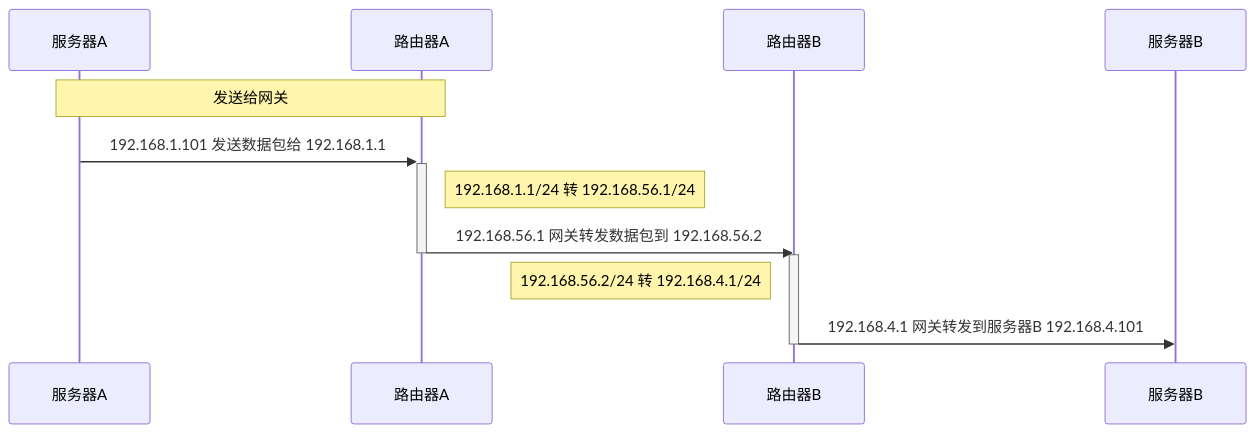
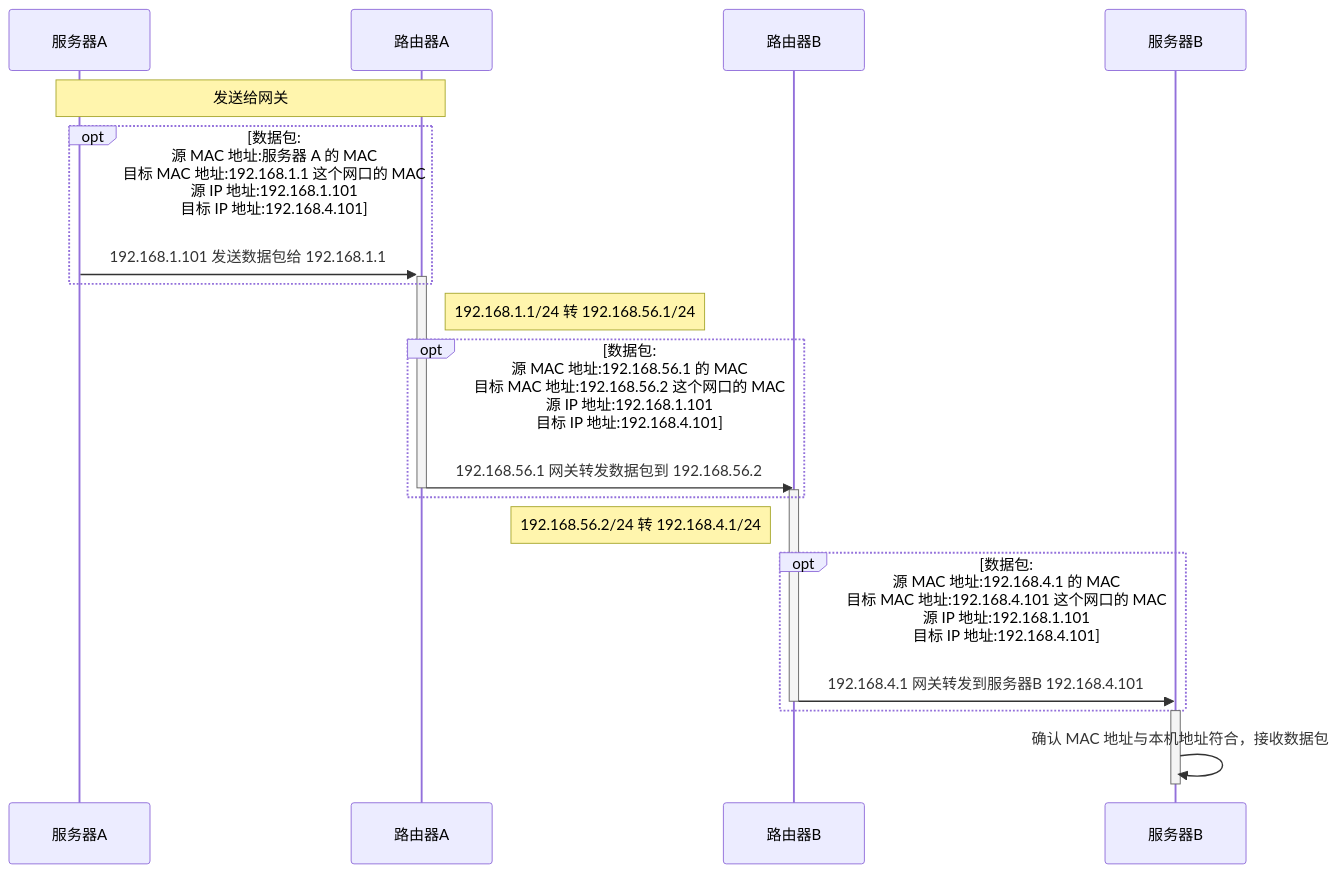
Before and after one commit to kyriejoshua/network-protocol-notes: the third of 4 diagrams in lib/底层网络知识之从二层到三层/Gateway.md, drawn with Mermaid. The commit also changed other lines of this file and 1 other file, not shown here.

Commit message:
:page_facing_up: 更新时序图

````diff
--- a/lib/底层网络知识之从二层到三层/Gateway.md
+++ b/lib/底层网络知识之从二层到三层/Gateway.md
@@ -99,15 +99,24 @@
 ```mermaid
 sequenceDiagram
-participant 服务器A
-participant 路由器A
-participant 路由器B
-participant 服务器B
-Note over 服务器A,路由器A: 发送给网关
-服务器A->>+路由器A: 192.168.1.101 发送数据包给 192.168.1.1
-Note right of 路由器A: 192.168.1.1/24 转 192.168.56.1/24
-路由器A->>-路由器B: 192.168.56.1 网关转发数据包到 192.168.56.2
-activate 路由器B
-Note left of 路由器B: 192.168.56.2/24 转 192.168.4.1/24
-路由器B->>服务器B: 192.168.4.1 网关转发到服务器B 192.168.4.101
-deactivate 路由器B
+	participant 服务器A
+	participant 路由器A
+	participant 路由器B
+	participant 服务器B
+	Note over 服务器A,路由器A: 发送给网关
+	opt 数据包: <br/>源 MAC 地址:服务器 A 的 MAC<br/>目标 MAC 地址:192.168.1.1 这个网口的 MAC<br/>源 IP 地址:192.168.1.101<br/>目标 IP 地址:192.168.4.101
+	服务器A->>+路由器A: 192.168.1.101 发送数据包给 192.168.1.1
+	end
+	Note right of 路由器A: 192.168.1.1/24 转 192.168.56.1/24
+	opt 数据包: <br/>源 MAC 地址:192.168.56.1 的 MAC<br/>目标 MAC 地址:192.168.56.2 这个网口的 MAC<br/>源 IP 地址:192.168.1.101<br/>目标 IP 地址:192.168.4.101
+	路由器A->>-路由器B: 192.168.56.1 网关转发数据包到 192.168.56.2
+	activate 路由器B
+	end
+	Note left of 路由器B: 192.168.56.2/24 转 192.168.4.1/24
+	opt 数据包: <br/>源 MAC 地址:192.168.4.1 的 MAC<br/>目标 MAC 地址:192.168.4.101 这个网口的 MAC<br/>源 IP 地址:192.168.1.101<br/>目标 IP 地址:192.168.4.101
+	路由器B->>服务器B: 192.168.4.1 网关转发到服务器B 192.168.4.101
+	deactivate 路由器B
+	end
+	activate 服务器B
+	服务器B->>服务器B: 确认 MAC 地址与本机地址符合，接收数据包
+	deactivate 服务器B
 ```
````
